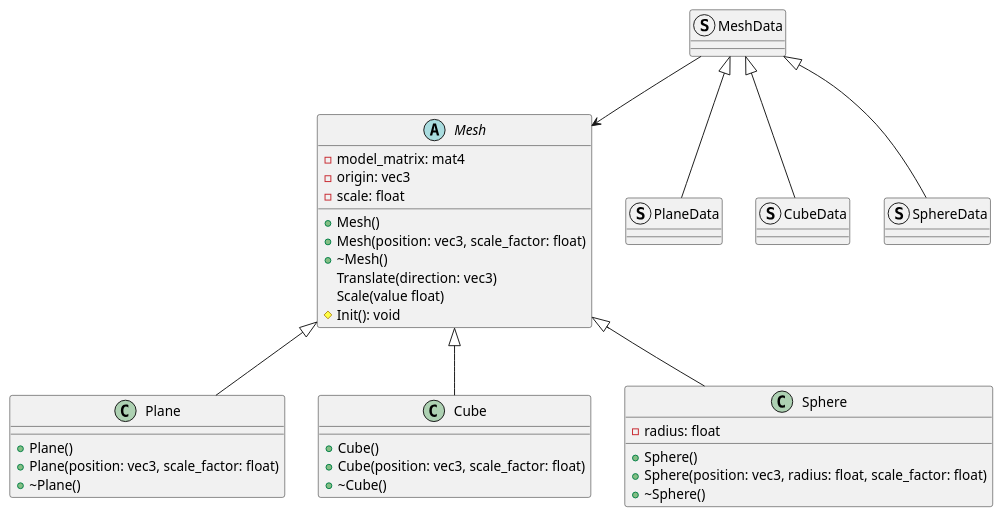
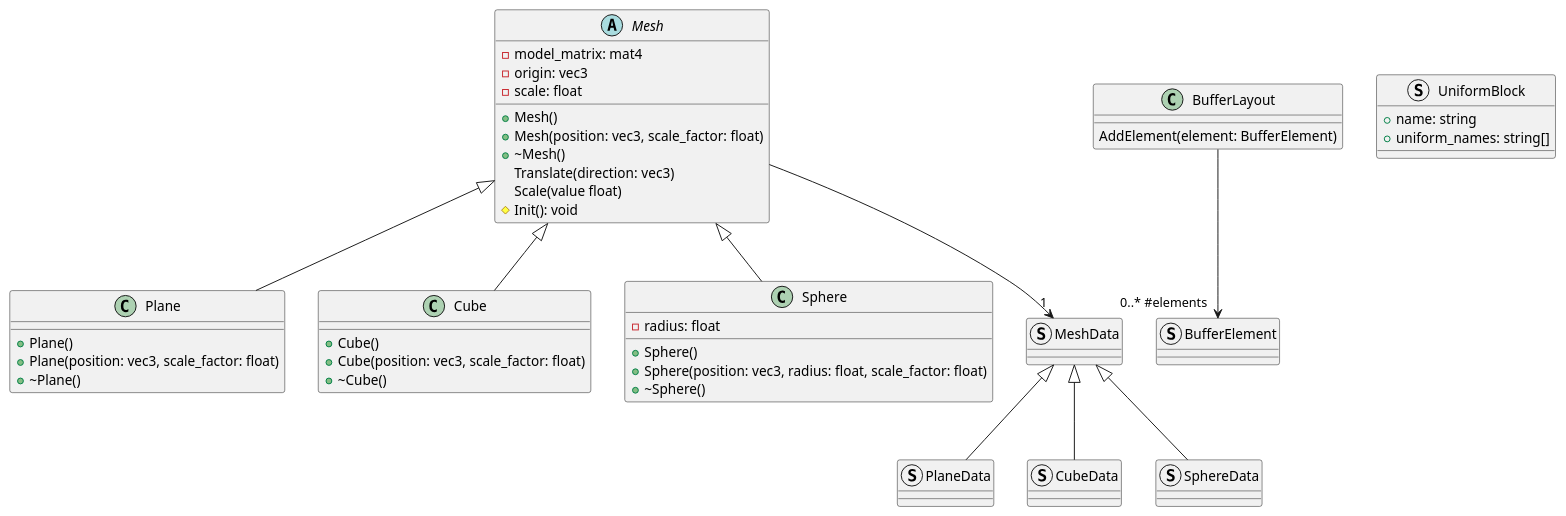
Before and after one commit to wolfel1/Raytracy: the diagram in docs/renderer/classes.puml, drawn with PlantUML. The commit also changed 5 other files, not shown here.

Commit message:
Refactor uniform block layout detect

```diff
--- a/docs/renderer/classes.puml
+++ b/docs/renderer/classes.puml
@@ -1,46 +1,56 @@
 @startuml renderer_classes
 abstract Mesh
 Mesh : -model_matrix: mat4
 Mesh : -origin: vec3
 Mesh : -scale: float
 Mesh : +Mesh()
 Mesh : +Mesh(position: vec3, scale_factor: float)
 Mesh : +\~Mesh()
 Mesh : Translate(direction: vec3)
 Mesh : Scale(value float)
 Mesh : #Init(): void
-
 
 class Plane
 Plane : +Plane()
 Plane : +Plane(position: vec3, scale_factor: float)
 Plane : +\~Plane()
 
 class Cube
 Cube : +Cube()
 Cube : +Cube(position: vec3, scale_factor: float)
 Cube : +\~Cube()
 
 class Sphere
 Sphere : -radius: float
 Sphere : +Sphere()
 Sphere : +Sphere(position: vec3, radius: float, scale_factor: float)
 Sphere : +\~Sphere()
 
 struct MeshData
 
 struct PlaneData
 
 struct CubeData
 
 struct SphereData
 
-MeshData --> Mesh
+struct BufferElement
+
+class BufferLayout
+BufferLayout : AddElement(element: BufferElement)
+
+struct UniformBlock
+UniformBlock : +name: string
+UniformBlock : +uniform_names: string[]
+
+BufferLayout --> "0..* #elements" BufferElement
+
+Mesh --> "1" MeshData
 MeshData <|-- PlaneData
 MeshData <|-- CubeData
 MeshData <|-- SphereData
 
 Mesh <|-- Plane
 Mesh <|-- Cube
 Mesh <|-- Sphere
 @enduml
```
